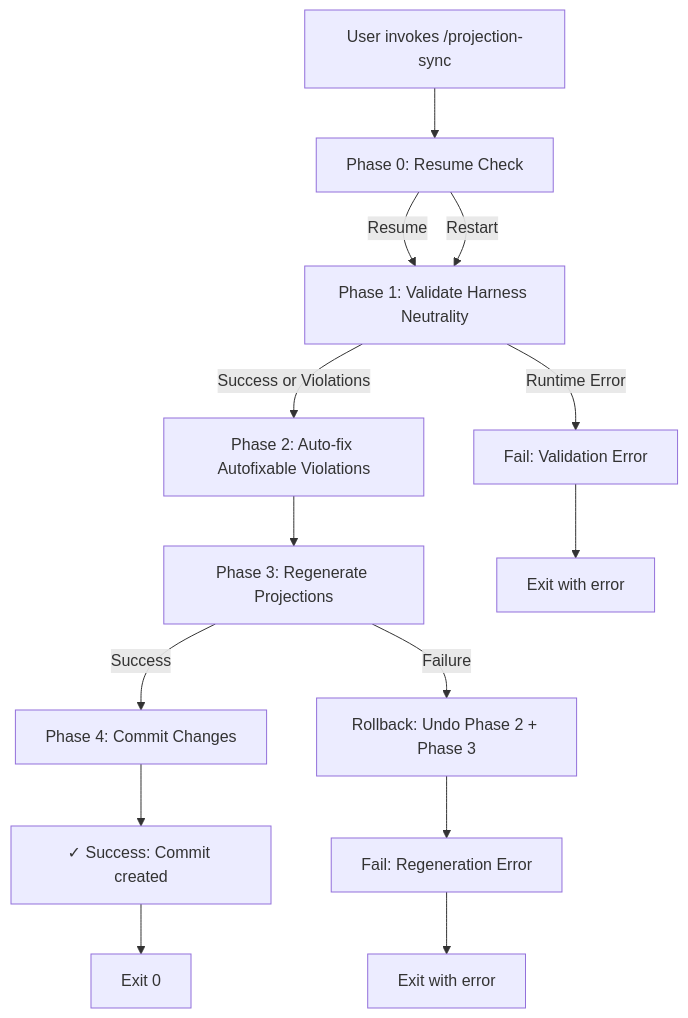
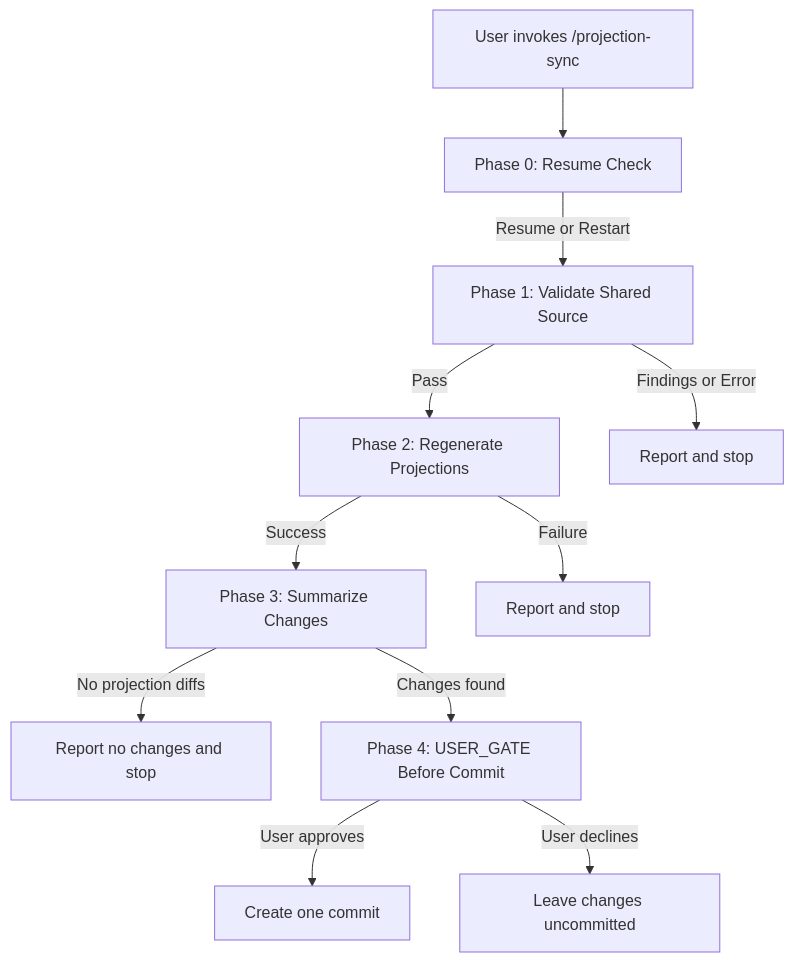
One commit to russell-laing/al-dev-shared changed the diagram in docs/superpowers/specs/2026-05-24-projection-sync-skill-design.md. Above: the diagram before and after it, drawn with Mermaid. The commit also changed other lines of this file and 3 other files, not shown here.

Commit message:
chore: regenerate harness-native agent projections

````diff
--- a/docs/superpowers/specs/2026-05-24-projection-sync-skill-design.md
+++ b/docs/superpowers/specs/2026-05-24-projection-sync-skill-design.md
@@ -244,25 +308,21 @@
 ```mermaid
 flowchart TD
     Start["User invokes /projection-sync"] --> Phase0["Phase 0: Resume Check"]
-    Phase0 -->|Resume| Phase1
-    Phase0 -->|Restart| Phase1
-    
-    Phase1["Phase 1: Validate Harness Neutrality"]
-    Phase1 -->|Success or Violations| Phase2
-    Phase1 -->|Runtime Error| Fail1["Fail: Validation Error"]
-    
-    Phase2["Phase 2: Auto-fix Autofixable Violations"]
-    Phase2 --> Phase3
-    
-    Phase3["Phase 3: Regenerate Projections"]
-    Phase3 -->|Success| Phase4
-    Phase3 -->|Failure| Rollback["Rollback: Undo Phase 2 + Phase 3"]
-    Rollback --> Fail2["Fail: Regeneration Error"]
-    
-    Phase4["Phase 4: Commit Changes"]
-    Phase4 --> Success["✓ Success: Commit created"]
-    
-    Fail1 --> Exit1["Exit with error"]
-    Fail2 --> Exit2["Exit with error"]
-    Success --> Exit3["Exit 0"]
+    Phase0 -->|Resume or Restart| Phase1
+
+    Phase1["Phase 1: Validate Shared Source"]
+    Phase1 -->|Pass| Phase2
+    Phase1 -->|Findings or Error| Stop1["Report and stop"]
+
+    Phase2["Phase 2: Regenerate Projections"]
+    Phase2 -->|Success| Phase3
+    Phase2 -->|Failure| Stop2["Report and stop"]
+
+    Phase3["Phase 3: Summarize Changes"]
+    Phase3 -->|No projection diffs| Stop3["Report no changes and stop"]
+    Phase3 -->|Changes found| Phase4
+
+    Phase4["Phase 4: USER_GATE Before Commit"]
+    Phase4 -->|User approves| Success["Create one commit"]
+    Phase4 -->|User declines| Stop4["Leave changes uncommitted"]
 ```
````
